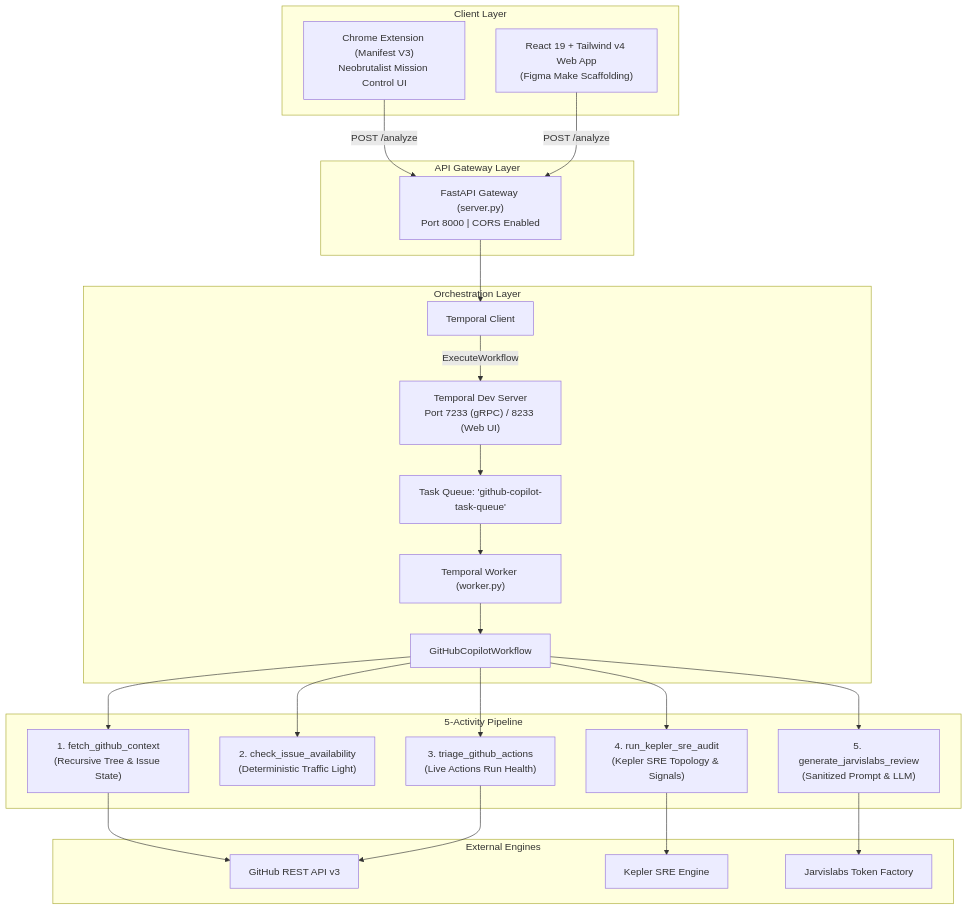
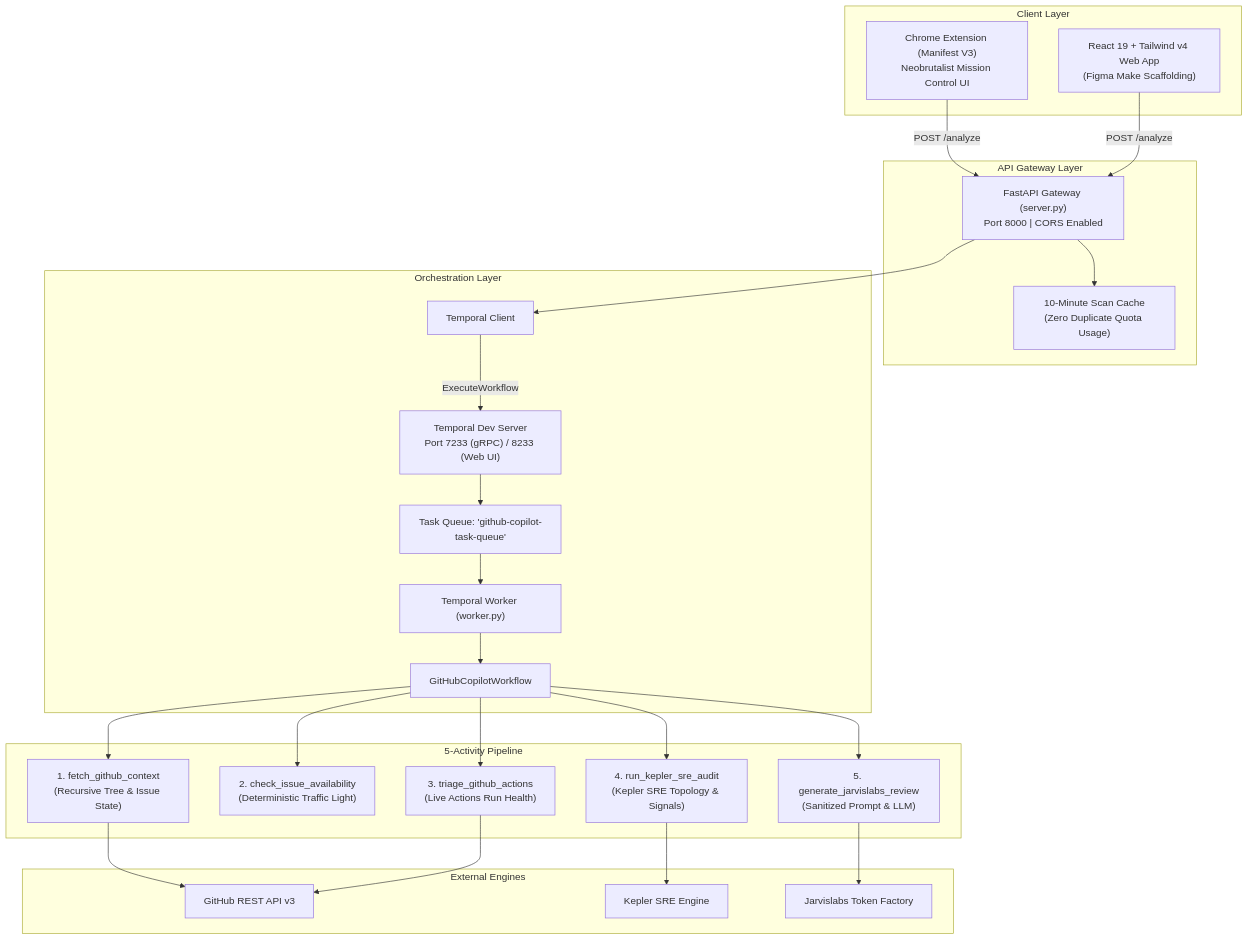
One commit to himanshu-anonymous/mauji-1 changed the diagram in README.md. Above: the diagram before and after it, drawn with Mermaid. The commit also changed other lines of this file, not shown here.

Commit message:
docs: refine README with structured visual summary, API reference table, and ASCII UI mockup

````diff
--- a/README.md
+++ b/README.md
@@ -60,47 +73,49 @@
 ```mermaid
 graph TD
     subgraph Client Layer
         EXT["Chrome Extension (Manifest V3)<br/>Neobrutalist Mission Control UI"]
         WEB["React 19 + Tailwind v4 Web App<br/>(Figma Make Scaffolding)"]
     end
 
     subgraph API Gateway Layer
         API["FastAPI Gateway (server.py)<br/>Port 8000 | CORS Enabled"]
+        CACHE["10-Minute Scan Cache<br/>(Zero Duplicate Quota Usage)"]
     end
 
     subgraph Orchestration Layer
         TC["Temporal Client"]
         TS["Temporal Dev Server<br/>Port 7233 (gRPC) / 8233 (Web UI)"]
         TQ["Task Queue: 'github-copilot-task-queue'"]
         WRK["Temporal Worker (worker.py)"]
         WF["GitHubCopilotWorkflow"]
     end
 
     subgraph 5-Activity Pipeline
         A1["1. fetch_github_context<br/>(Recursive Tree & Issue State)"]
         A2["2. check_issue_availability<br/>(Deterministic Traffic Light)"]
         A3["3. triage_github_actions<br/>(Live Actions Run Health)"]
         A4["4. run_kepler_sre_audit<br/>(Kepler SRE Topology & Signals)"]
         A5["5. generate_jarvislabs_review<br/>(Sanitized Prompt & LLM)"]
     end
 
     subgraph External Engines
         GH["GitHub REST API v3"]
         KPL["Kepler SRE Engine"]
         JLB["Jarvislabs Token Factory"]
     end
 
     EXT -->|POST /analyze| API
     WEB -->|POST /analyze| API
+    API --> CACHE
     API --> TC
     TC -->|ExecuteWorkflow| TS
     TS --> TQ
     TQ --> WRK
     WRK --> WF
 
     WF --> A1 --> GH
     WF --> A2
     WF --> A3 --> GH
     WF --> A4 --> KPL
     WF --> A5 --> JLB
 ```
````
